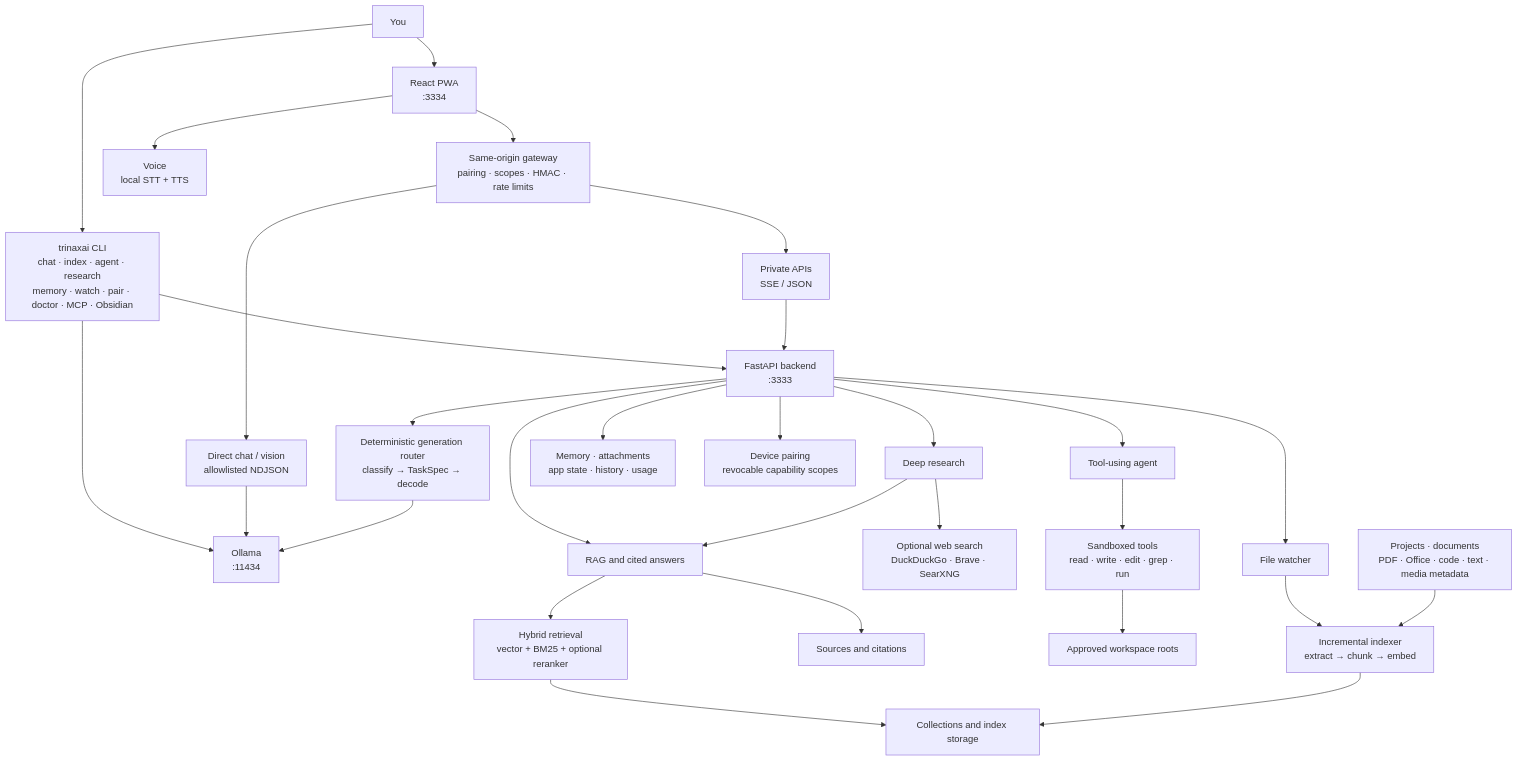
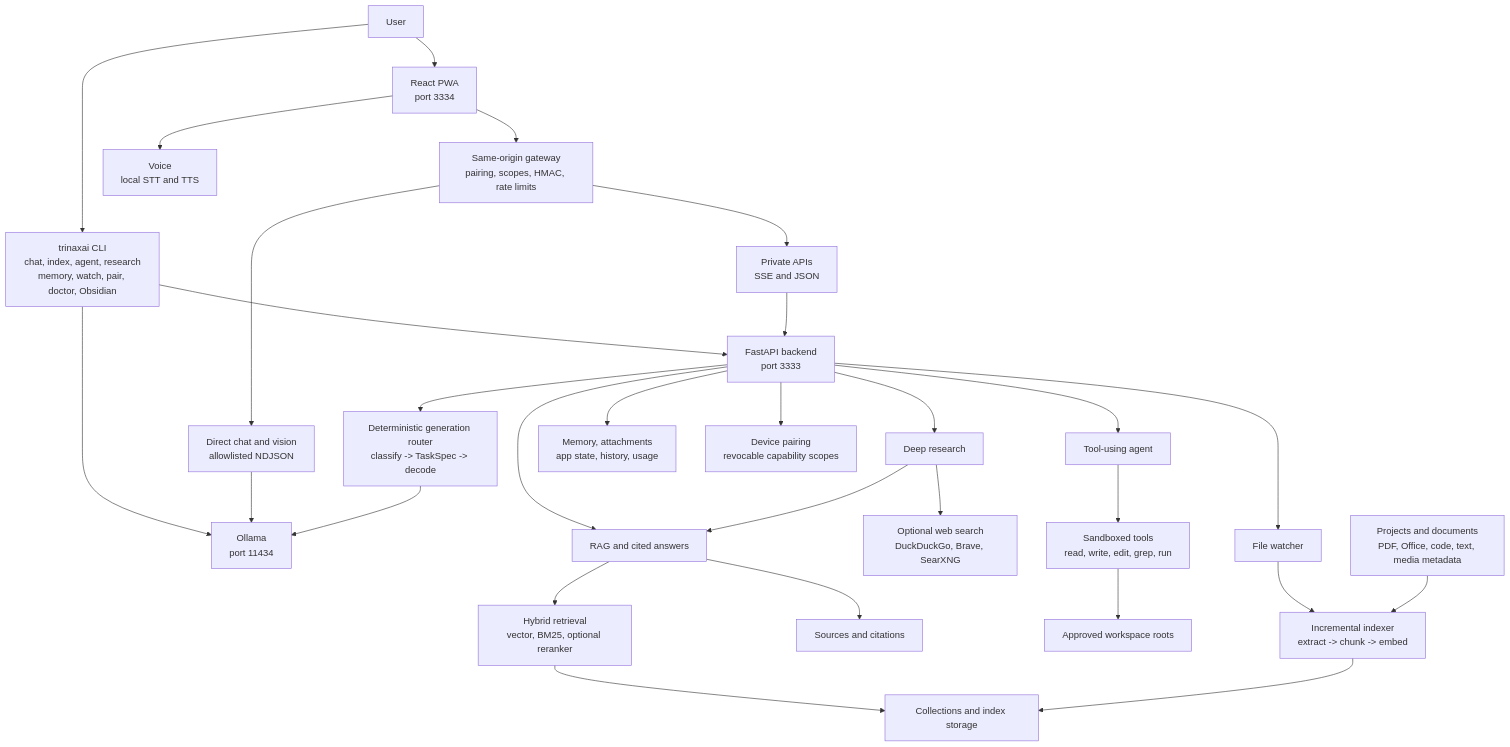
One commit to TrinaxCode/TrinaxAI changed the diagram in README.md. Above: the diagram before and after it, drawn with Mermaid. The commit also changed other lines of this file and 368 other files, not shown here.

````diff
--- a/README.md
+++ b/README.md
@@ -215,33 +243,33 @@
 ```mermaid
 flowchart TB
-  U["You"] --> PWA["React PWA<br/>:3334"]
-  U --> CLI["trinaxai CLI<br/>chat · index · agent · research<br/>memory · watch · pair · doctor · MCP · Obsidian"]
-  PWA --> GW["Same-origin gateway<br/>pairing · scopes · HMAC · rate limits"]
-  CLI --> API
-  CLI --> OL
-  GW --> DIRECT["Direct chat / vision<br/>allowlisted NDJSON"]
-  DIRECT --> OL["Ollama<br/>:11434"]
-  GW --> PRIVATE["Private APIs<br/>SSE / JSON"]
-  PRIVATE --> API["FastAPI backend<br/>:3333"]
+  user["User"] --> pwa["React PWA<br/>port 3334"]
+  user --> cli["trinaxai CLI<br/>chat, index, agent, research<br/>memory, watch, pair, doctor, Obsidian"]
+  pwa --> gateway["Same-origin gateway<br/>pairing, scopes, HMAC, rate limits"]
+  cli --> api
+  cli --> ollama
+  gateway --> direct["Direct chat and vision<br/>allowlisted NDJSON"]
+  direct --> ollama["Ollama<br/>port 11434"]
+  gateway --> private["Private APIs<br/>SSE and JSON"]
+  private --> api["FastAPI backend<br/>port 3333"]
 
-  API --> ROUTER["Deterministic generation router<br/>classify → TaskSpec → decode"]
-  ROUTER --> OL
-  API --> RAG["RAG and cited answers"]
-  RAG --> RETRIEVE["Hybrid retrieval<br/>vector + BM25 + optional reranker"]
-  RETRIEVE --> STORE["Collections and index storage"]
-  RAG --> CITE["Sources and citations"]
-  API --> RESEARCH["Deep research"]
-  RESEARCH --> RAG
-  RESEARCH --> WEB["Optional web search<br/>DuckDuckGo · Brave · SearXNG"]
+  api --> router["Deterministic generation router<br/>classify -> TaskSpec -> decode"]
+  router --> ollama
+  api --> rag["RAG and cited answers"]
+  rag --> retrieve["Hybrid retrieval<br/>vector, BM25, optional reranker"]
+  retrieve --> store["Collections and index storage"]
+  rag --> citations["Sources and citations"]
+  api --> research["Deep research"]
+  research --> rag
+  research --> web["Optional web search<br/>DuckDuckGo, Brave, SearXNG"]
 
-  API --> AGENT["Tool-using agent"]
-  AGENT --> TOOLS["Sandboxed tools<br/>read · write · edit · grep · run"]
-  TOOLS --> WS["Approved workspace roots"]
-  API --> DATA["Memory · attachments<br/>app state · history · usage"]
-  API --> PAIR["Device pairing<br/>revocable capability scopes"]
-  API --> WATCH["File watcher"]
-  WATCH --> INDEX["Incremental indexer<br/>extract → chunk → embed"]
-  SRC["Projects · documents<br/>PDF · Office · code · text · media metadata"] --> INDEX
-  INDEX --> STORE
-  PWA --> VOICE["Voice<br/>local STT + TTS"]
+  api --> agent["Tool-using agent"]
+  agent --> tools["Sandboxed tools<br/>read, write, edit, grep, run"]
+  tools --> workspace["Approved workspace roots"]
+  api --> data["Memory, attachments<br/>app state, history, usage"]
+  api --> pairing["Device pairing<br/>revocable capability scopes"]
+  api --> watcher["File watcher"]
+  watcher --> indexer["Incremental indexer<br/>extract -> chunk -> embed"]
+  sources["Projects and documents<br/>PDF, Office, code, text, media metadata"] --> indexer
+  indexer --> store
+  pwa --> voice["Voice<br/>local STT and TTS"]
 ```
````
